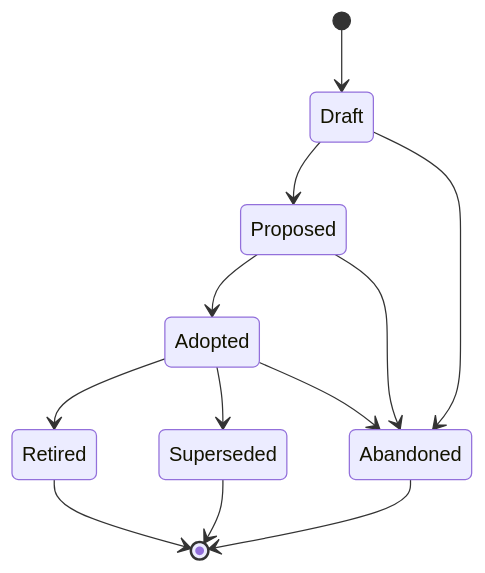
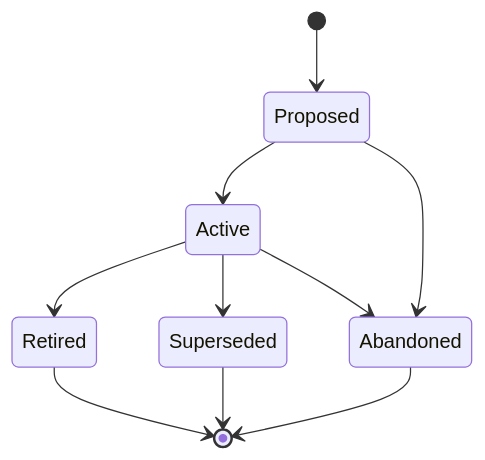
The diagram in .agents/skills/swain-design/references/adr-definition.md (cristoslc/tidegate), drawn with Mermaid before and after one commit. The commit also changed other lines of this file and 260 other files, not shown here.

````diff
--- a/.agents/skills/swain-design/references/adr-definition.md
+++ b/.agents/skills/swain-design/references/adr-definition.md
@@ -5,14 +7,12 @@
 ```mermaid
 stateDiagram-v2
-    [*] --> Draft
-    Draft --> Proposed
-    Proposed --> Adopted
-    Adopted --> Retired
-    Adopted --> Superseded
+    [*] --> Proposed
+    Proposed --> Active
+    Active --> Retired
+    Active --> Superseded
     Retired --> [*]
     Superseded --> [*]
-    Draft --> Abandoned
     Proposed --> Abandoned
-    Adopted --> Abandoned
+    Active --> Abandoned
     Abandoned --> [*]
 ```
````
